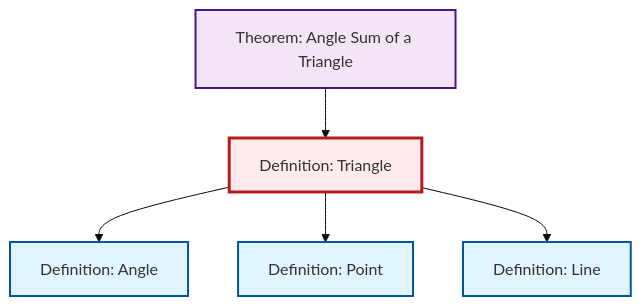
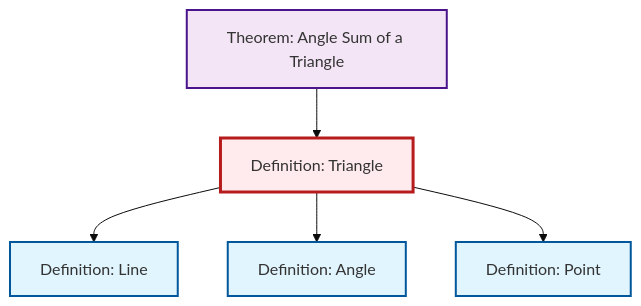
One commit to RK0429/ModernMath changed the diagram in content/ja/geometry/def-triangle.qmd. Above: the diagram before and after it, drawn with Mermaid (base theme). The commit also changed other lines of this file and 530 other files, not shown here.

````diff
--- a/content/ja/geometry/def-triangle.qmd
+++ b/content/ja/geometry/def-triangle.qmd
@@ -60,23 +60,23 @@
 ```{mermaid}
 %%| fig-cap: "Local dependency graph"
 graph TD
     classDef definition fill:#e1f5fe,stroke:#01579b,stroke-width:2px
     classDef theorem fill:#f3e5f5,stroke:#4a148c,stroke-width:2px
     classDef axiom fill:#fff3e0,stroke:#e65100,stroke-width:2px
     classDef example fill:#e8f5e9,stroke:#1b5e20,stroke-width:2px
     classDef current fill:#ffebee,stroke:#b71c1c,stroke-width:3px
+    thm-angle-sum-triangle["Theorem: Angle Sum of a Triangle"]:::theorem
+    def-point["Definition: Point"]:::definition
+    def-triangle["Definition: Triangle"]:::definition
     def-line["Definition: Line"]:::definition
     def-angle["Definition: Angle"]:::definition
-    def-triangle["Definition: Triangle"]:::definition
-    thm-angle-sum-triangle["Theorem: Angle Sum of a Triangle"]:::theorem
-    def-point["Definition: Point"]:::definition
+    def-triangle --> def-line
     def-triangle --> def-angle
+    def-triangle --> def-point
     thm-angle-sum-triangle --> def-triangle
-    def-triangle --> def-point
-    def-triangle --> def-line
     class def-triangle current
+    click thm-angle-sum-triangle "thm-angle-sum-triangle.html" "Theorem: Angle Sum of a Triangleへ"
+    click def-point "def-point.html" "Definition: Pointへ"
     click def-line "def-line.html" "Definition: Lineへ"
     click def-angle "def-angle.html" "Definition: Angleへ"
-    click thm-angle-sum-triangle "thm-angle-sum-triangle.html" "Theorem: Angle Sum of a Triangleへ"
-    click def-point "def-point.html" "Definition: Pointへ"
 ```
````
